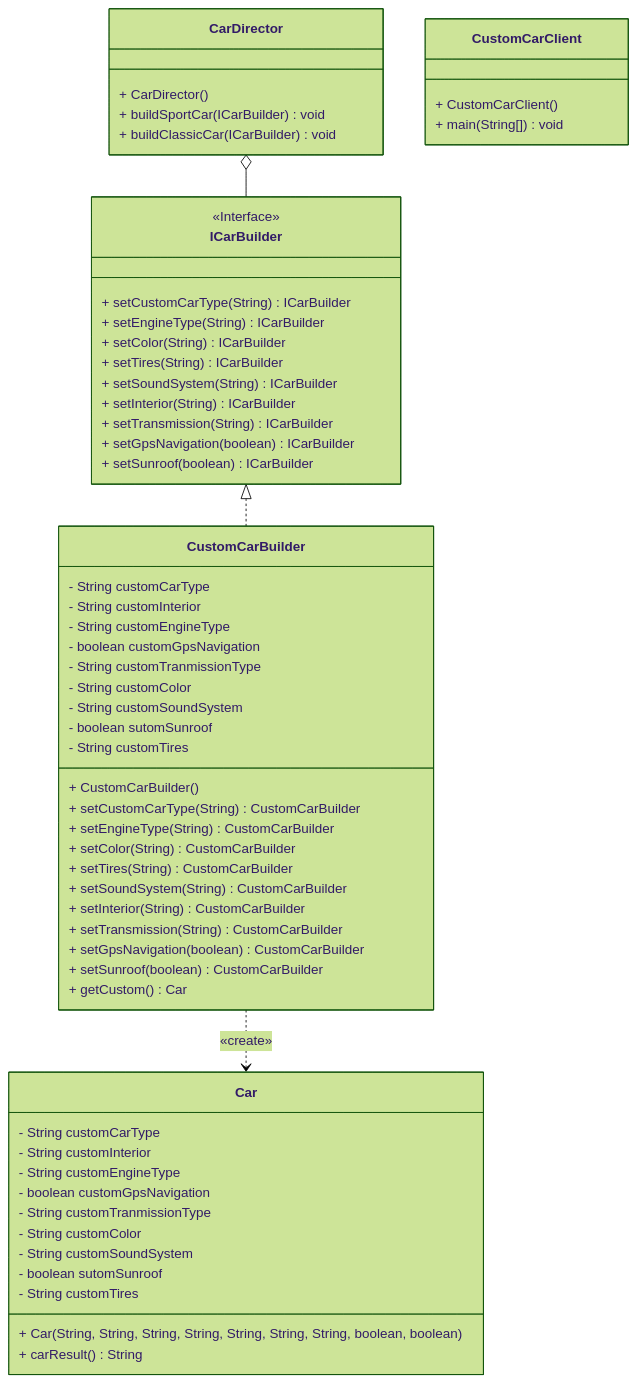
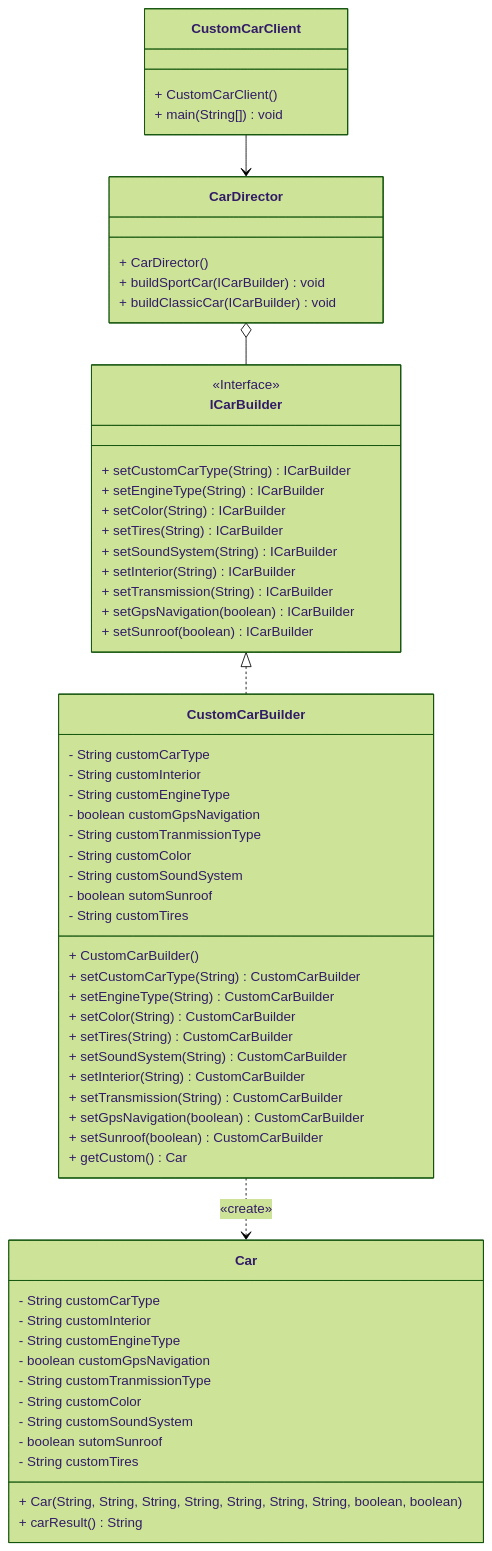
Before and after one commit to earamirez190/unisabana-maestria-arq-sw1-act1: the diagram in escenario1/DiagramaClases.md, drawn with Mermaid (forest theme).

Commit message:
Actualizar el diagrama de clases con la relación CustomCarClient

````diff
--- a/escenario1/DiagramaClases.md
+++ b/escenario1/DiagramaClases.md
@@ -3,68 +3,68 @@
 ```mermaid
 
 classDiagram
 
 class Car {
   + Car(String, String, String, String, String, String, String, boolean, boolean)
   - String customCarType
   - String customInterior
   - String customEngineType
   - boolean customGpsNavigation
   - String customTranmissionType
   - String customColor
   - String customSoundSystem
   - boolean sutomSunroof
   - String customTires
   + carResult() String
 }
 class CarDirector {
   + CarDirector() 
   + buildSportCar(ICarBuilder) void
   + buildClassicCar(ICarBuilder) void
 }
 class CustomCarBuilder {
   + CustomCarBuilder() 
   - String customCarType
   - String customInterior
   - String customEngineType
   - boolean customGpsNavigation
   - String customTranmissionType
   - String customColor
   - String customSoundSystem
   - boolean sutomSunroof
   - String customTires
   + setCustomCarType(String) CustomCarBuilder
   + setEngineType(String) CustomCarBuilder
   + setColor(String) CustomCarBuilder
   + setTires(String) CustomCarBuilder
   + setSoundSystem(String) CustomCarBuilder
   + setInterior(String) CustomCarBuilder
   + setTransmission(String) CustomCarBuilder
   + setGpsNavigation(boolean) CustomCarBuilder
   + setSunroof(boolean) CustomCarBuilder
   + getCustom() Car
 }
 class CustomCarClient {
   + CustomCarClient() 
   + main(String[]) void
 }
 class ICarBuilder {
 <<Interface>>
   + setCustomCarType(String) ICarBuilder
   + setEngineType(String) ICarBuilder
   + setColor(String) ICarBuilder
   + setTires(String) ICarBuilder
   + setSoundSystem(String) ICarBuilder
   + setInterior(String) ICarBuilder
   + setTransmission(String) ICarBuilder
   + setGpsNavigation(boolean) ICarBuilder
   + setSunroof(boolean) ICarBuilder
 }
 
 
 
 ICarBuilder <|.. CustomCarBuilder 
 CarDirector o-- ICarBuilder
 CustomCarBuilder  ..>  Car : «create»
-
+CustomCarClient  -->  CarDirector
 ```
````
